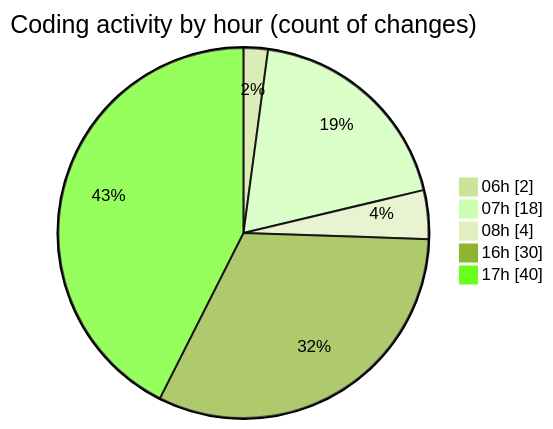
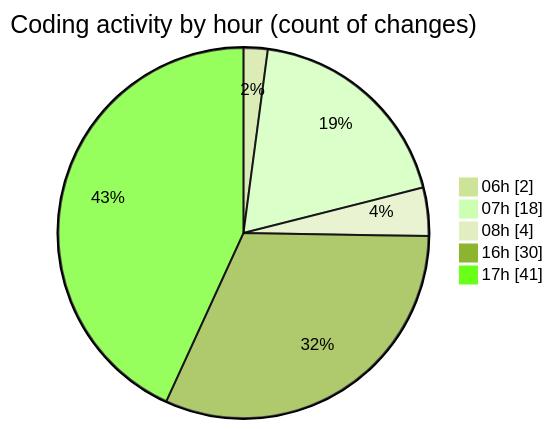
Before and after one commit to robertbonfada/code-tracking: the second of 2 diagrams in 2025-01-27/termonied-web/README.md, drawn with Mermaid (forest theme). The commit also changed other lines of this file and 1 other file, not shown here.

````diff
--- a/2025-01-27/termonied-web/README.md
+++ b/2025-01-27/termonied-web/README.md
@@ -42,9 +42,9 @@
 ```mermaid
 pie showData
 title Coding activity by hour (count of changes)
 "06h" : 2
 "07h" : 18
 "08h" : 4
 "16h" : 30
-"17h" : 40
+"17h" : 41
 ```
````
